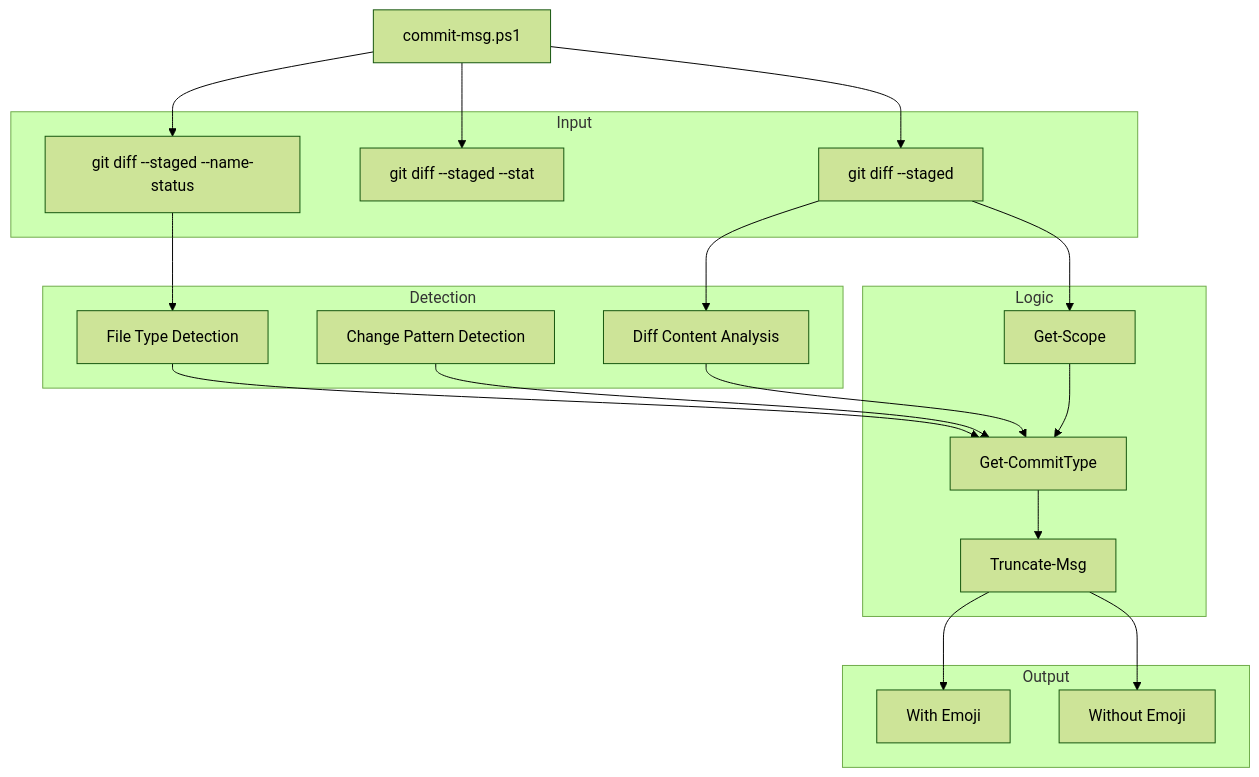
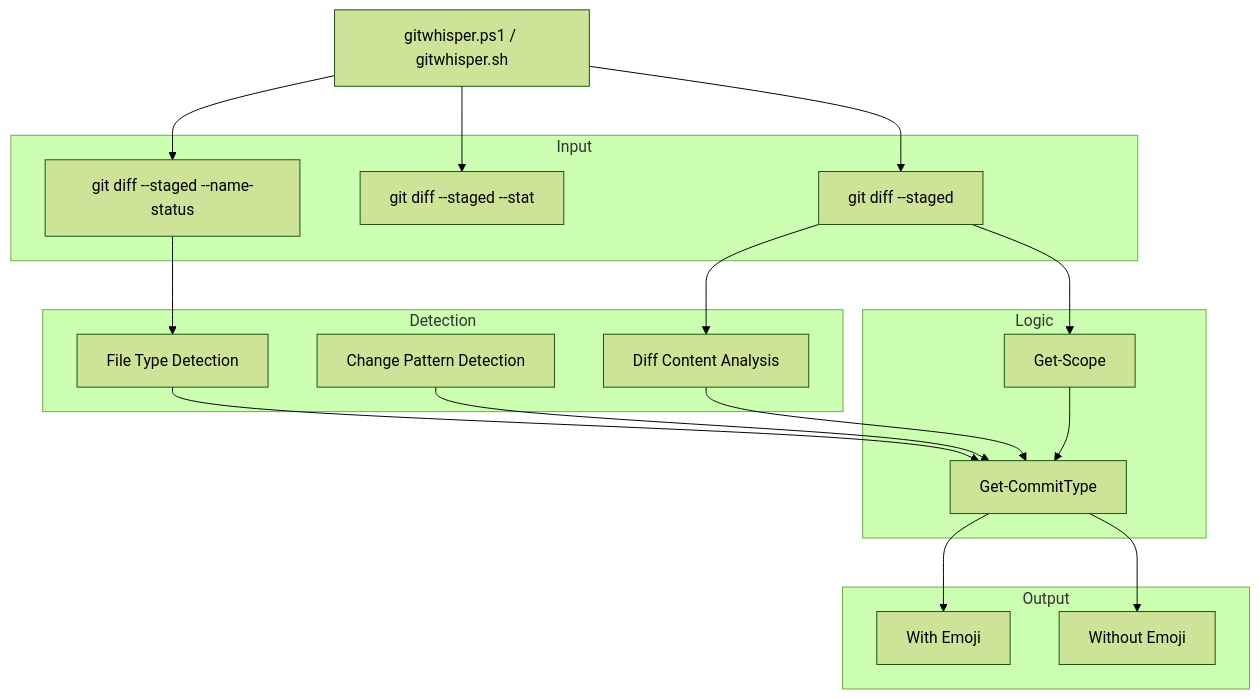
The first of 2 diagrams in README.md (Beno-Goulart/GitWhisper), drawn with Mermaid (forest theme) before and after one commit. The commit also changed other lines of this file and 7 other files, not shown here.

Commit message:
♻ refactor(auth): adds -Msg parameter and adds --help, h flag and adds Show-Help, Invoke-Undo, Invoke-Commit function and adds show_help, invoke_undo, invoke_commit function and adds git diff, commit, push and adds === GitWhisper ===,   Usage: messages

````diff
--- a/README.md
+++ b/README.md
@@ -183,44 +167,42 @@
 ```mermaid
 graph TD
-    Script["commit-msg.ps1"]
+    Script["gitwhisper.ps1 / gitwhisper.sh"]
 
     subgraph Input
         DiffStaged["git diff --staged --name-status"]
         DiffStat["git diff --staged --stat"]
         DiffContent["git diff --staged"]
     end
 
     subgraph Detection
         FileType["File Type Detection"]
         ChangePattern["Change Pattern Detection"]
         DiffAnalysis["Diff Content Analysis"]
     end
 
     subgraph Logic
         Scope["Get-Scope"]
         Type["Get-CommitType"]
-        Truncate["Truncate-Msg"]
     end
 
     subgraph Output
         Emoji["With Emoji"]
         NoEmoji["Without Emoji"]
     end
 
     Script --> DiffStaged
     Script --> DiffStat
     Script --> DiffContent
 
     DiffStaged --> FileType
     DiffContent --> DiffAnalysis
 
     FileType --> Type
     ChangePattern --> Type
     DiffAnalysis --> Type
 
     DiffContent --> Scope
     Scope --> Type
-    Type --> Truncate
-    Truncate --> Emoji
-    Truncate --> NoEmoji
+    Type --> Emoji
+    Type --> NoEmoji
 ```
````
